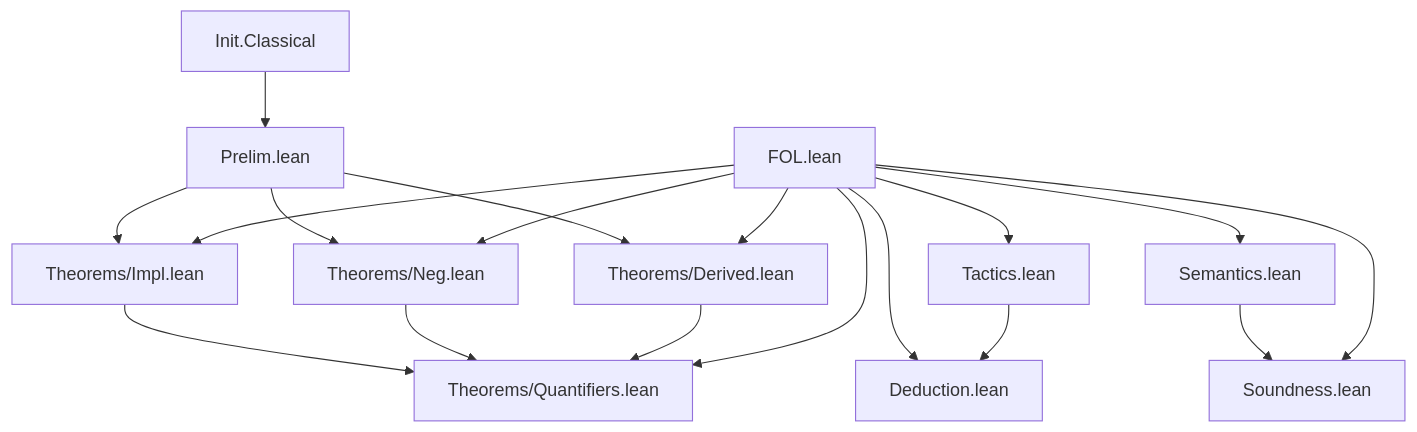
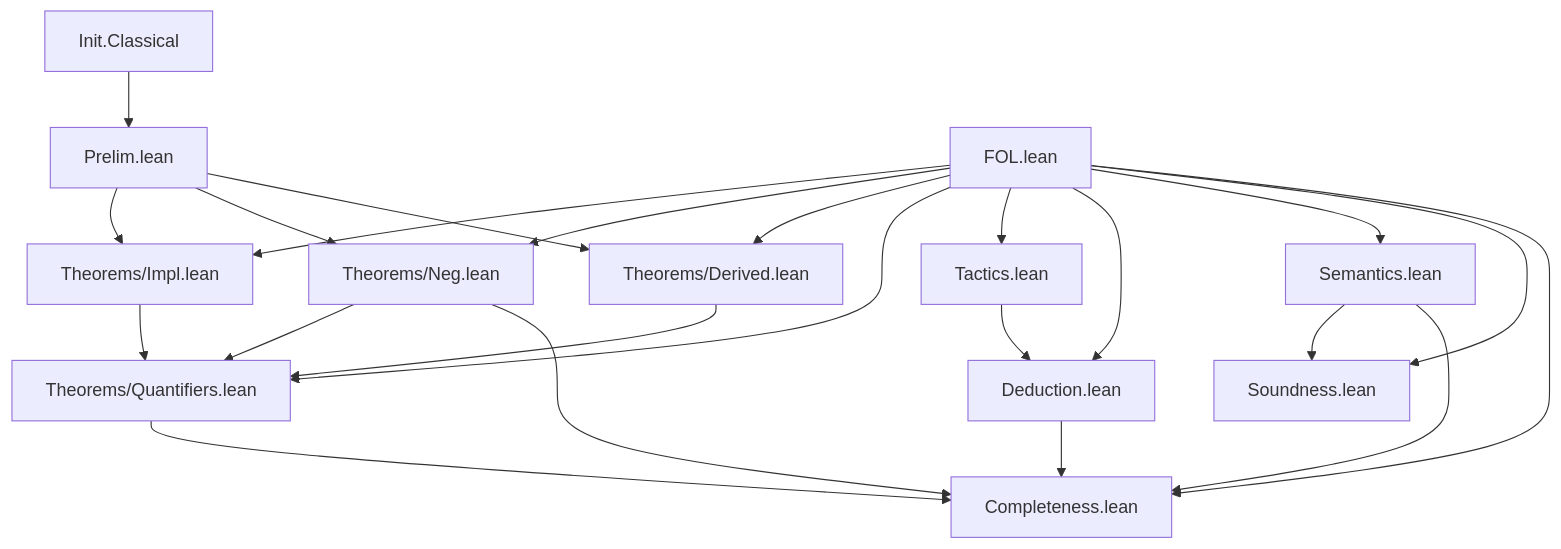
Before and after one commit to julian1c2a/FOL: the diagram in REFERENCE.md, drawn with Mermaid. The commit also changed other lines of this file and 5 other files, not shown here.

````diff
--- a/REFERENCE.md
+++ b/REFERENCE.md
@@ -108,20 +109,25 @@
 ```mermaid
 graph TD
     IC[Init.Classical] --> P[Prelim.lean]
     P --> I[Theorems/Impl.lean]
     F[FOL.lean] --> I
     P --> N[Theorems/Neg.lean]
     F --> N
     P --> D[Theorems/Derived.lean]
     F --> D
     I --> Q[Theorems/Quantifiers.lean]
     N --> Q
     D --> Q
     F --> Q
     F --> T[Tactics.lean]
     F --> Ded[Deduction.lean]
     T --> Ded
     F --> Sem[Semantics.lean]
     Sem --> S[Soundness.lean]
     F --> S
+    Sem --> C[Completeness.lean]
+    Ded --> C
+    N --> C
+    Q --> C
+    F --> C
 ```
````
